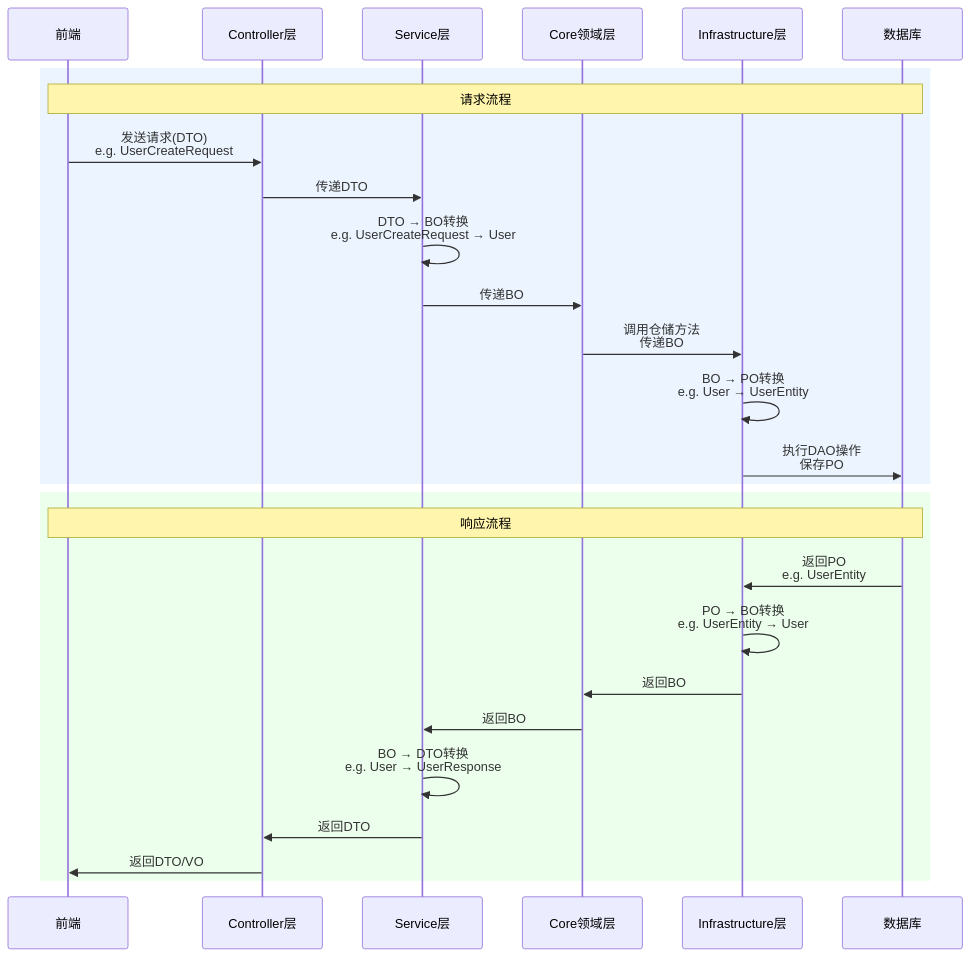
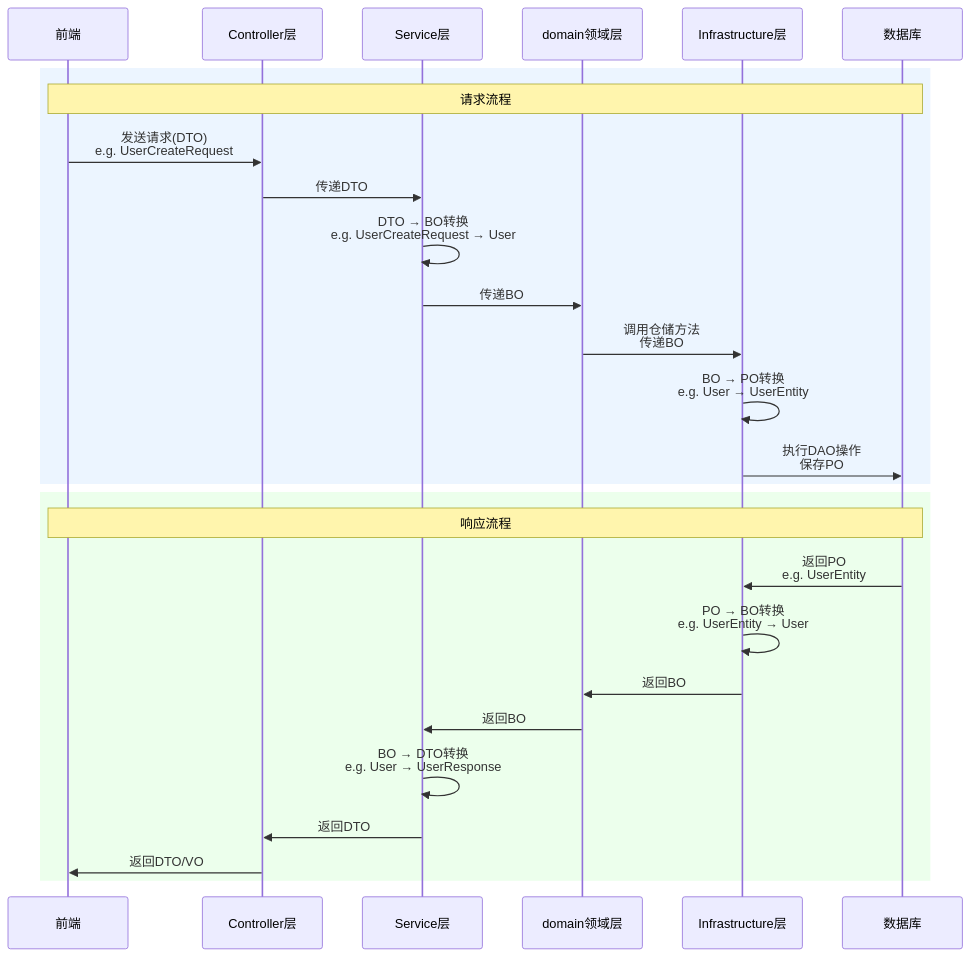
One commit to edisonwd/myblog changed the third of 4 diagrams in docs/springboot/springboot项目中 PO BO VO DTO POJO DAO概念及其作用（附转换图）.md. Above: the diagram before and after it, drawn with Mermaid. The commit also changed other lines of this file, not shown here.

Commit message:
Update springboot项目中 PO BO VO DTO POJO DAO概念及其作用（附转换图）.md

````diff
--- a/docs/springboot/springboot项目中 PO BO VO DTO POJO DAO概念及其作用（附转换图）.md
+++ b/docs/springboot/springboot项目中 PO BO VO DTO POJO DAO概念及其作用（附转换图）.md
@@ -198,32 +198,32 @@
 ```mermaid
 
 sequenceDiagram
     participant Frontend as 前端
     participant Controller as Controller层
     participant Service as Service层
-    participant Core as Core领域层
+    participant domain as domain领域层
     participant Infrastructure as Infrastructure层
     participant Database as 数据库
 
     rect rgb(191, 223, 255, 0.3)
     note over Frontend,Database: 请求流程
     Frontend->>Controller: 发送请求(DTO)<br/>e.g. UserCreateRequest
     Controller->>Service: 传递DTO
     Service->>Service: DTO → BO转换<br/>e.g. UserCreateRequest → User
-    Service->>Core: 传递BO
-    Core->>Infrastructure: 调用仓储方法<br/>传递BO
+    Service->>domain: 传递BO
+    domain->>Infrastructure: 调用仓储方法<br/>传递BO
     Infrastructure->>Infrastructure: BO → PO转换<br/>e.g. User → UserEntity
     Infrastructure->>Database: 执行DAO操作<br/>保存PO
     end
 
     rect rgb(191, 255, 191, 0.3)
     note over Database,Frontend: 响应流程
     Database->>Infrastructure: 返回PO<br/>e.g. UserEntity
     Infrastructure->>Infrastructure: PO → BO转换<br/>e.g. UserEntity → User
-    Infrastructure->>Core: 返回BO
-    Core->>Service: 返回BO
+    Infrastructure->>domain: 返回BO
+    domain->>Service: 返回BO
     Service->>Service: BO → DTO转换<br/>e.g. User → UserResponse
     Service->>Controller: 返回DTO
     Controller->>Frontend: 返回DTO/VO
     end
 ```
````
